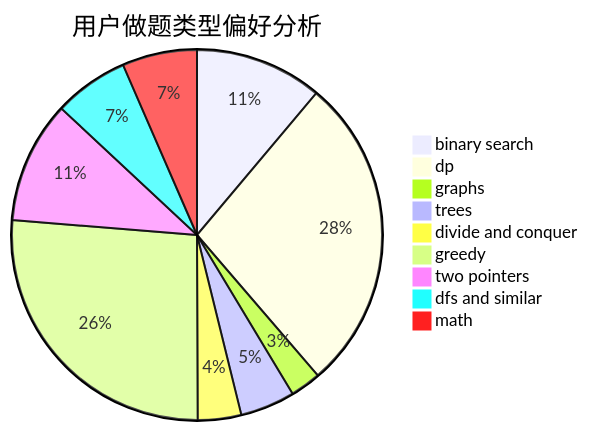
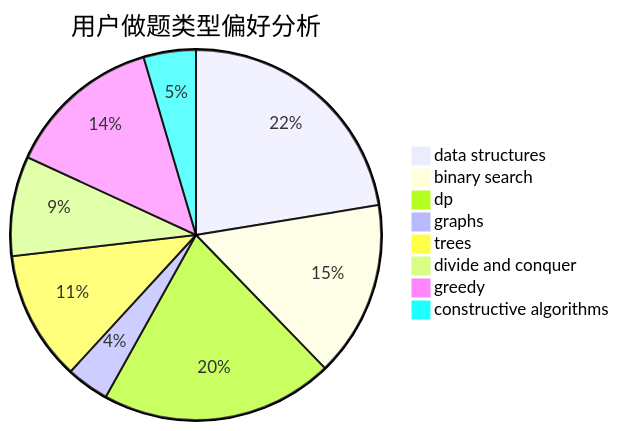
One commit to sherpahu/cfrs.github.io changed the second of 3 diagrams in docs/user/u244.md. Above: the diagram before and after it, drawn with Mermaid. The commit also changed other lines of this file and 2775 other files, not shown here.

````diff
--- a/docs/user/u244.md
+++ b/docs/user/u244.md
@@ -23,12 +23,11 @@
 ```mermaid
 pie title 用户做题类型偏好分析
-    "binary search" :  191
-    "dp" :  473
-    "graphs" :  46
+    "data structures" :  162
+    "binary search" :  111
+    "dp" :  147
+    "graphs" :  27
     "trees" :  82
-    "divide and conquer" :  65
-    "greedy" :  452
-    "two pointers" :  183
-    "dfs and similar" :  112
-    "math" :  112
+    "divide and conquer" :  63
+    "greedy" :  98
+    "constructive algorithms" :  33
 ```
````
